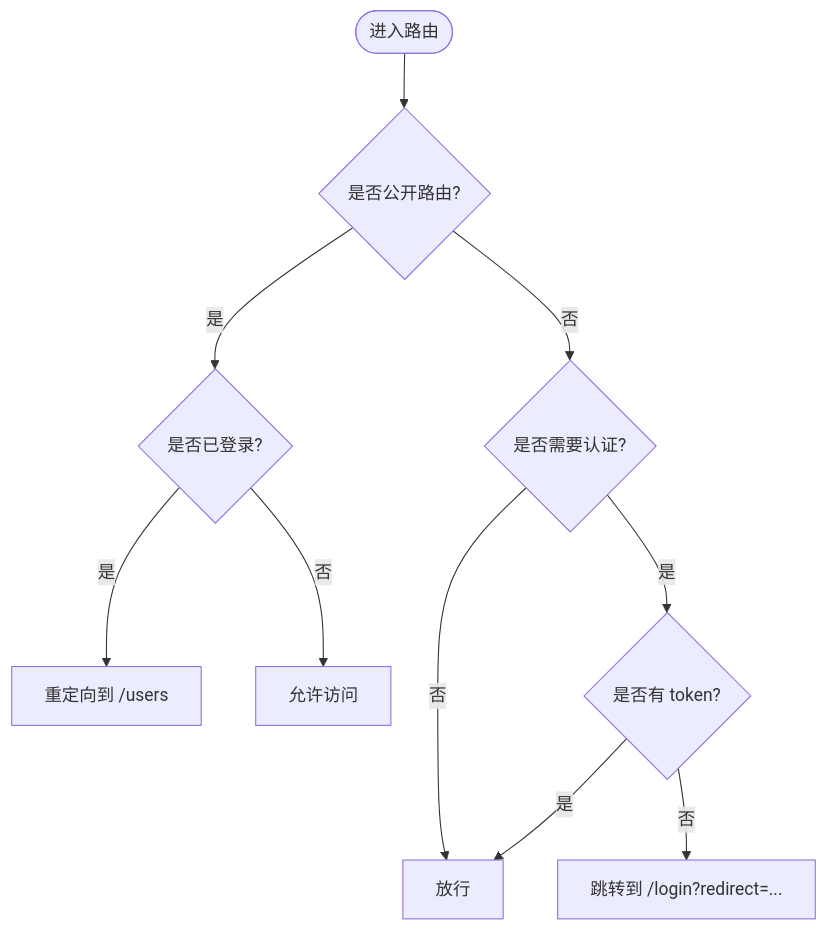
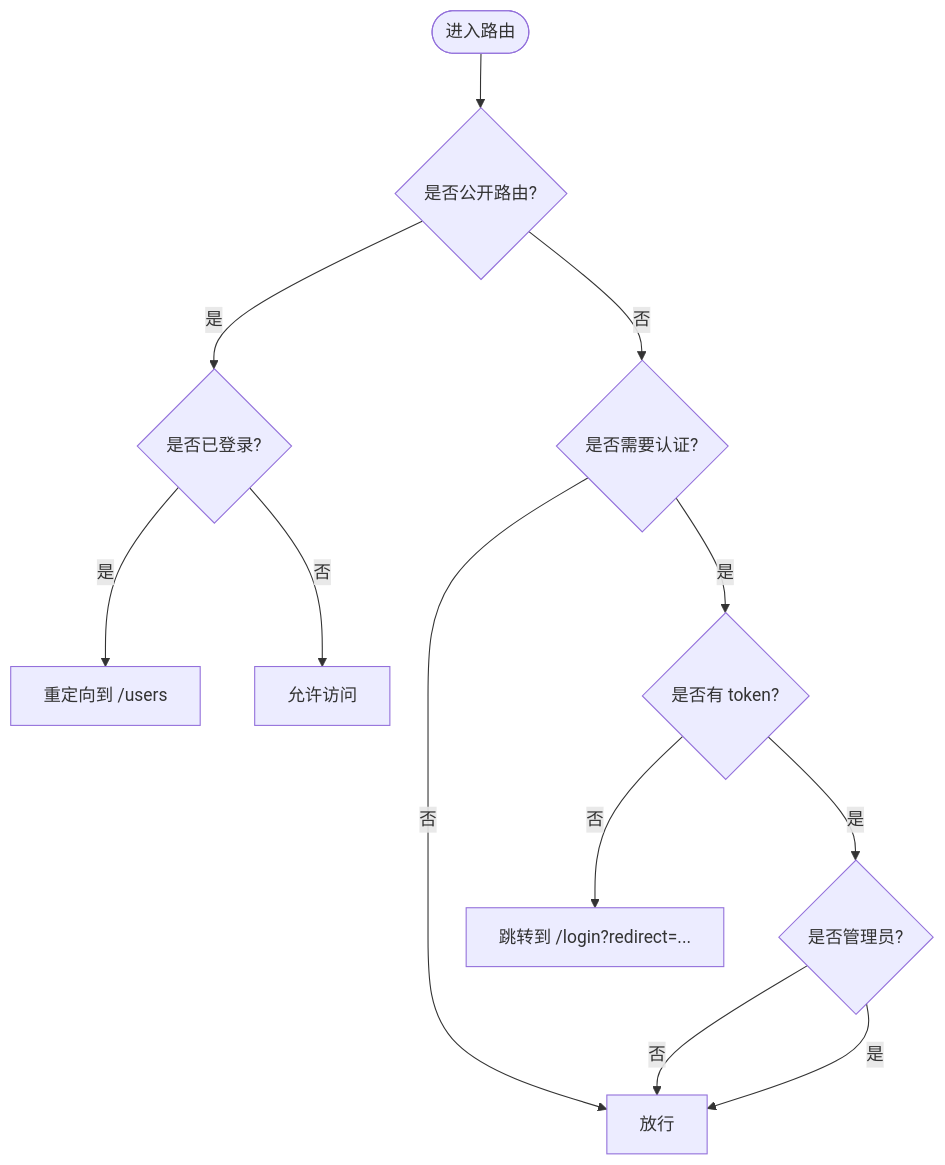
One commit to haohailiang/qoder-fullstack changed the third of 10 diagrams in .qoder/repowiki/zh/content/前端架构设计/主应用(base-app).md. Above: the diagram before and after it, drawn with Mermaid. The commit also changed other lines of this file and 45 other files, not shown here.

````diff
--- a/.qoder/repowiki/zh/content/前端架构设计/主应用(base-app).md
+++ b/.qoder/repowiki/zh/content/前端架构设计/主应用(base-app).md
@@ -182,12 +182,14 @@
 ```mermaid
 flowchart TD
 Start(["进入路由"]) --> CheckPublic{"是否公开路由?"}
 CheckPublic --> |是| HasToken{"是否已登录?"}
 HasToken --> |是| Redirect["重定向到 /users"]
 HasToken --> |否| AllowPublic["允许访问"]
 CheckPublic --> |否| NeedAuth{"是否需要认证?"}
 NeedAuth --> |否| AllowRoute["放行"]
 NeedAuth --> |是| HasToken2{"是否有 token?"}
 HasToken2 --> |否| ToLogin["跳转到 /login?redirect=..."]
-HasToken2 --> |是| AllowRoute
+HasToken2 --> |是| AdminCheck{"是否管理员?"}
+AdminCheck --> |否| AllowRoute
+AdminCheck --> |是| AllowRoute
 ```
````
